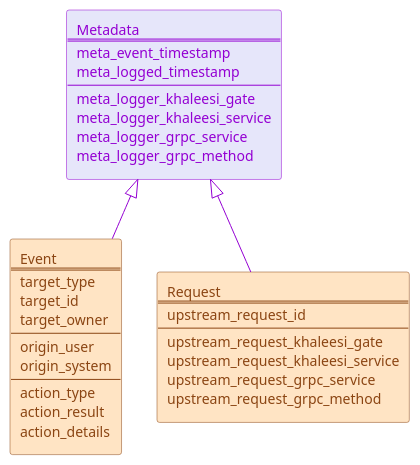
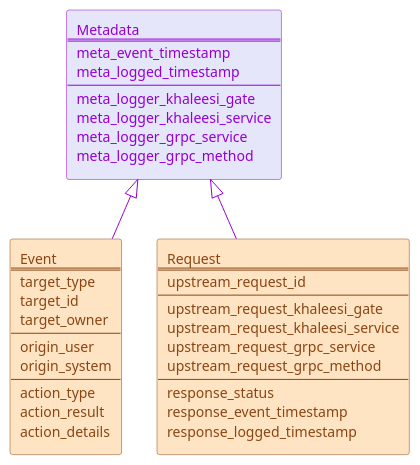
The diagram in documentation/images/logical-structure/core-sawmill.puml (LanDinh/khaleesi-ninja), drawn with PlantUML before and after one commit. The commit also changed 11 other files, not shown here.

```diff
--- a/documentation/images/logical-structure/core-sawmill.puml
+++ b/documentation/images/logical-structure/core-sawmill.puml
@@ -1,58 +1,62 @@
 @startuml
 ' ********************************************* STYLE **********************************************
 <style>
 agent {
   BackgroundColor lavender
   LineColor darkviolet
   FontColor darkviolet
 }
 rectangle {
   BackgroundColor bisque
   LineColor saddlebrown
   FontColor saddlebrown
 }
 </style>
 
 ' ******************************************** OBJECTS *********************************************
 agent metadata[
   Metadata
   ====
   meta_event_timestamp
   meta_logged_timestamp
   ----
   meta_logger_khaleesi_gate
   meta_logger_khaleesi_service
   meta_logger_grpc_service
   meta_logger_grpc_method
 ]
 
 rectangle event [
   Event
   ====
   target_type
   target_id
   target_owner
   ----
   origin_user
   origin_system
   ----
   action_type
   action_result
   action_details
 ]
 rectangle request [
   Request
   ====
   upstream_request_id
   ----
   upstream_request_khaleesi_gate
   upstream_request_khaleesi_service
   upstream_request_grpc_service
   upstream_request_grpc_method
+  ----
+  response_status
+  response_event_timestamp
+  response_logged_timestamp
 ]
 
 ' ******************************************* RELATIONS ********************************************
 metadata ^-- event #darkviolet;text:darkviolet
 metadata ^-- request #darkviolet;text:darkviolet
 
 @enduml
```
